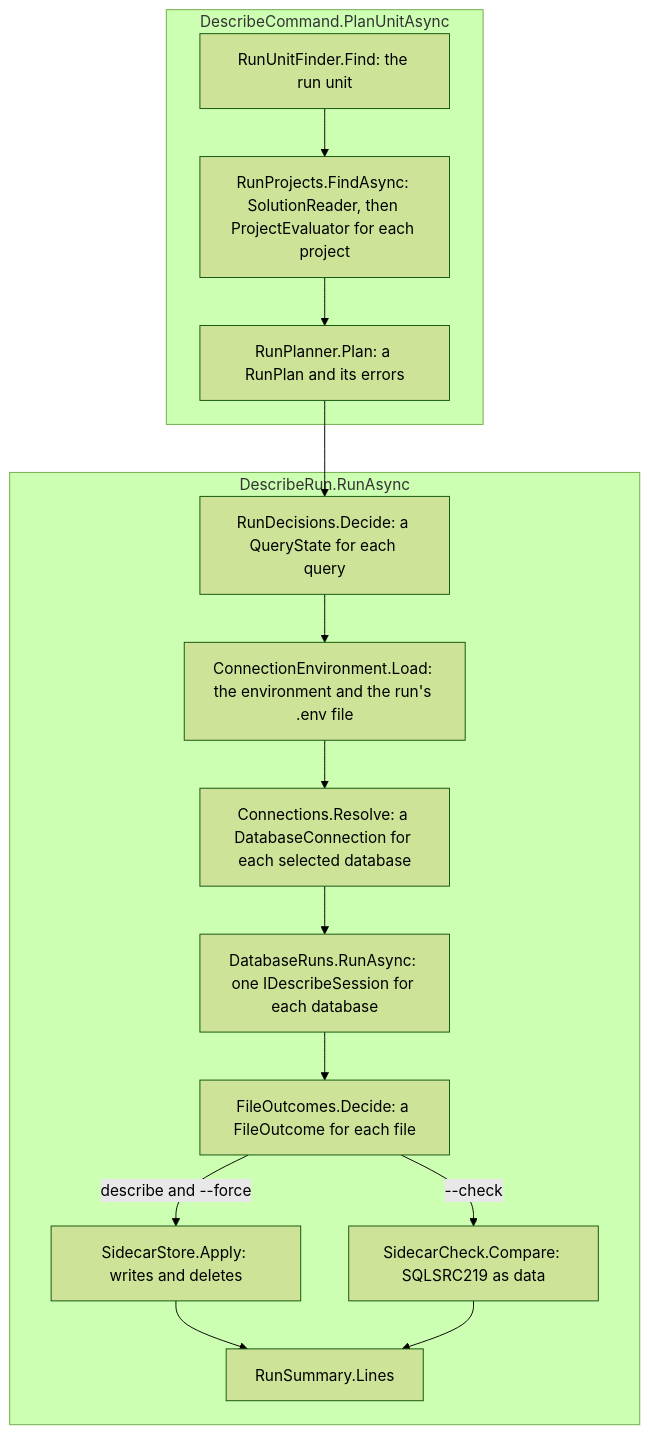
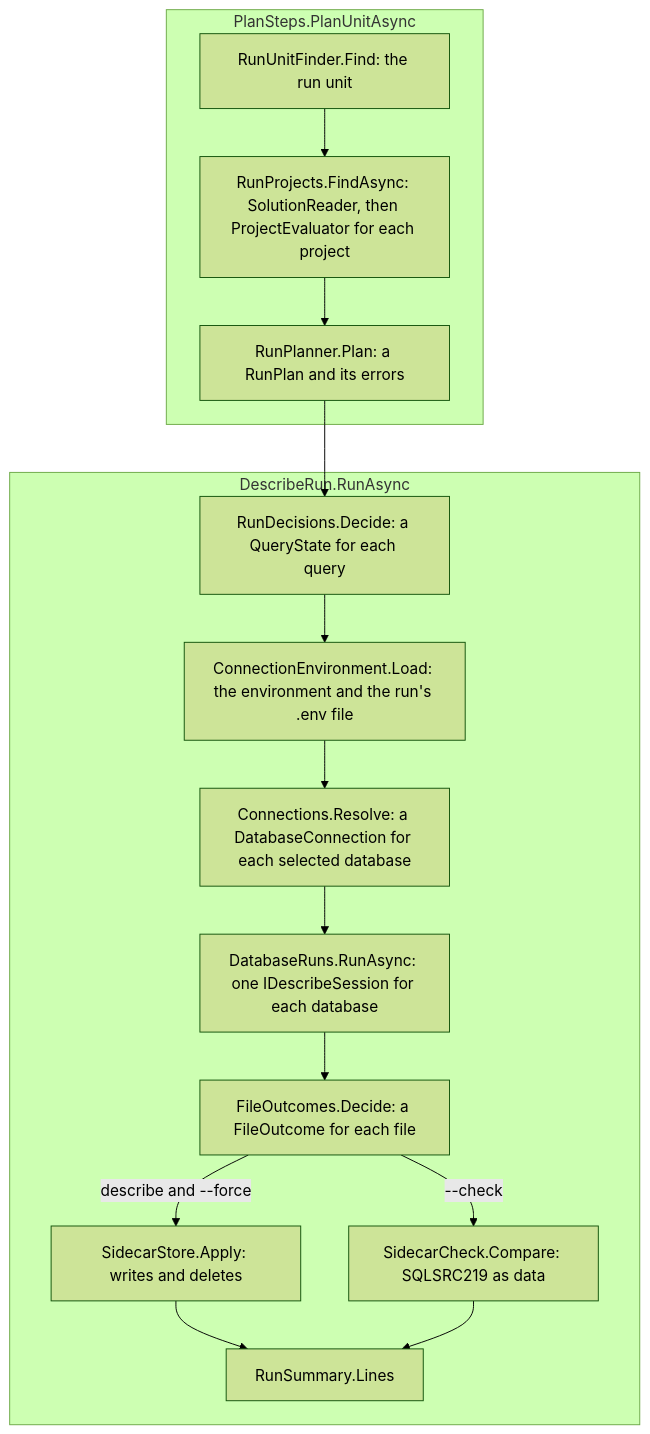
The first of 2 diagrams in docs/architecture/tool.md (mbcrawfo/SqlSource), drawn with Mermaid (forest theme) before and after one commit. The commit also changed other lines of this file and 11 other files, not shown here.

Commit message:
refactor(tool): the plan and connection steps leave DescribeCommand for PlanSteps (TD-0108 item 16)

````diff
--- a/docs/architecture/tool.md
+++ b/docs/architecture/tool.md
@@ -69,18 +69,18 @@
 ```mermaid
 flowchart TD
-    subgraph plan["DescribeCommand.PlanUnitAsync"]
+    subgraph plan["PlanSteps.PlanUnitAsync"]
         unit["RunUnitFinder.Find: the run unit"] --> projects["RunProjects.FindAsync: SolutionReader, then ProjectEvaluator for each project"]
         projects --> planner["RunPlanner.Plan: a RunPlan and its errors"]
     end
     subgraph run["DescribeRun.RunAsync"]
         decide["RunDecisions.Decide: a QueryState for each query"] --> dotenv["ConnectionEnvironment.Load: the environment and the run's .env file"]
         dotenv --> connect["Connections.Resolve: a DatabaseConnection for each selected database"]
         connect --> describe["DatabaseRuns.RunAsync: one IDescribeSession for each database"]
         describe --> outcomes["FileOutcomes.Decide: a FileOutcome for each file"]
         outcomes -->|"describe and --force"| store["SidecarStore.Apply: writes and deletes"]
         outcomes -->|"--check"| check["SidecarCheck.Compare: SQLSRC219 as data"]
         store --> summary["RunSummary.Lines"]
         check --> summary
     end
     planner --> decide
 ```
````
